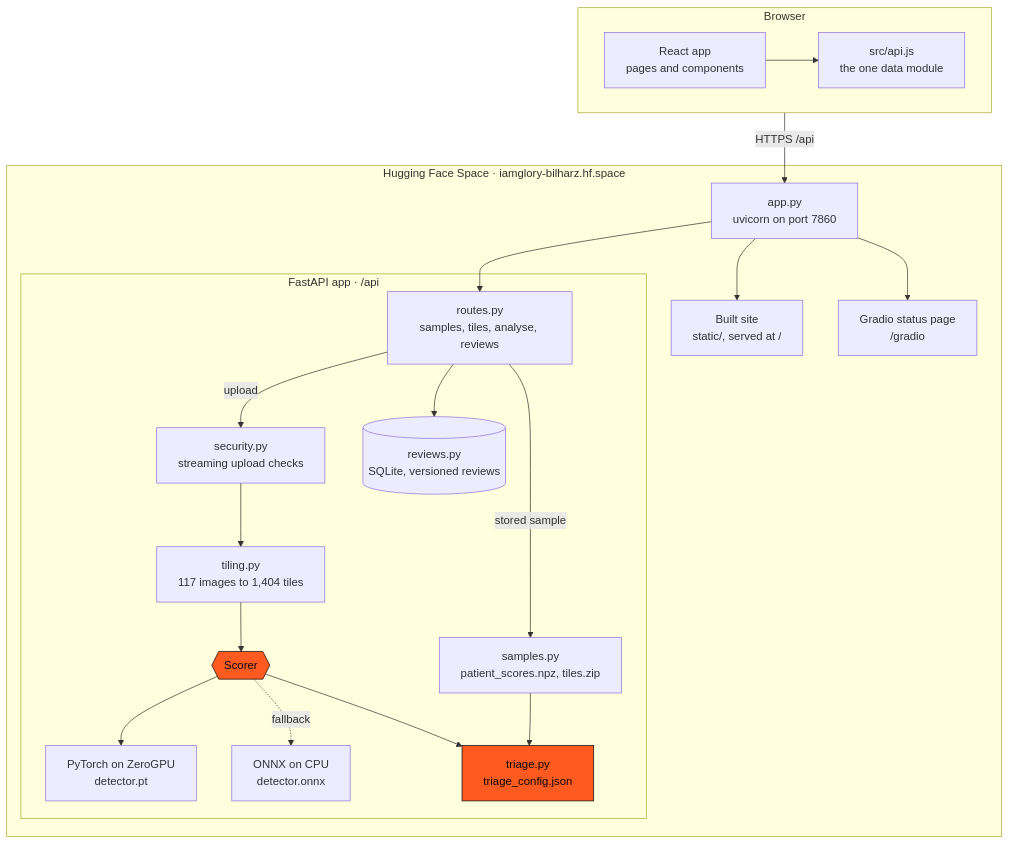
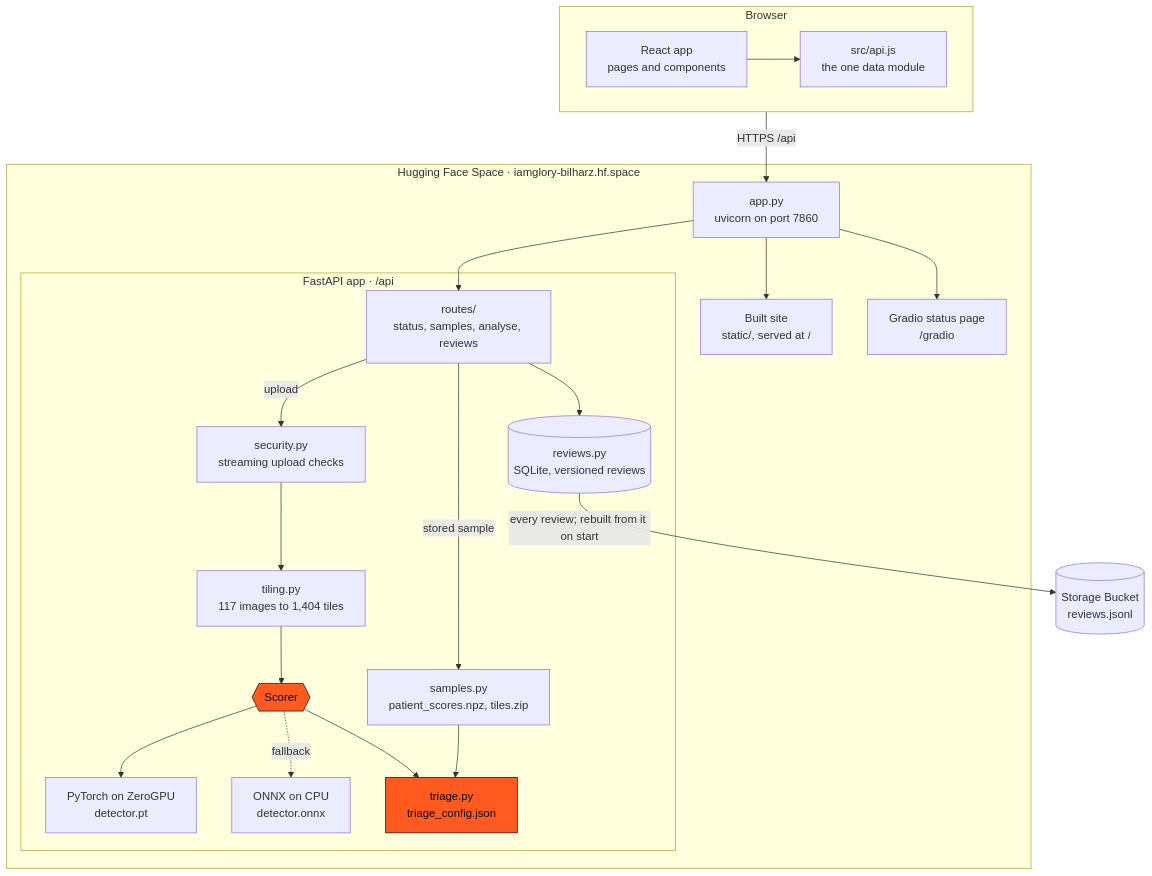
Before and after one commit to Glorycodess/bilharz: the diagram in docs/architecture.md, drawn with Mermaid. The commit also changed other lines of this file and 19 other files, not shown here.

Commit message:
Scope document, feature screenshots, mockup notes; document review storage and ZeroGPU start-up

````diff
--- a/docs/architecture.md
+++ b/docs/architecture.md
@@ -3,39 +3,42 @@
 ```mermaid
 flowchart TB
   subgraph browser["Browser"]
     direction LR
     pages["React app<br/>pages and components"] --> data["src/api.js<br/>the one data module"]
   end
 
   subgraph space["Hugging Face Space · iamglory-bilharz.hf.space"]
     entry["app.py<br/>uvicorn on port 7860"]
     site["Built site<br/>static/, served at /"]
     gradio["Gradio status page<br/>/gradio"]
 
     subgraph api["FastAPI app · /api"]
-      routes["routes.py<br/>samples, tiles, analyse, reviews"]
+      routes["routes/<br/>status, samples, analyse, reviews"]
       upload["security.py<br/>streaming upload checks"]
       tiling["tiling.py<br/>117 images to 1,404 tiles"]
       scorer{{"Scorer"}}
       gpu["PyTorch on ZeroGPU<br/>detector.pt"]
       cpu["ONNX on CPU<br/>detector.onnx"]
       stored["samples.py<br/>patient_scores.npz, tiles.zip"]
       triage["triage.py<br/>triage_config.json"]
       reviews[("reviews.py<br/>SQLite, versioned reviews")]
     end
   end
 
+  bucket[("Storage Bucket<br/>reviews.jsonl")]
+
   data -- "HTTPS /api" --> entry
   entry --> routes
   entry --> site
   entry --> gradio
   routes -- "upload" --> upload --> tiling --> scorer
   scorer --> gpu
   scorer -. "fallback" .-> cpu
   scorer --> triage
   routes -- "stored sample" --> stored --> triage
   routes --> reviews
+  reviews -- "every review; rebuilt from it on start" --> bucket
 
   classDef accent fill:#ff5a1f,stroke:#0a0a0a,color:#0a0a0a
   class scorer,triage accent
 ```
````
